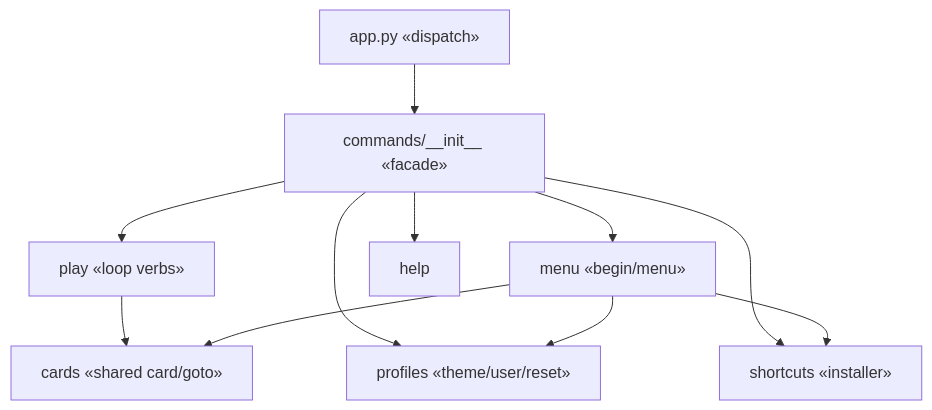
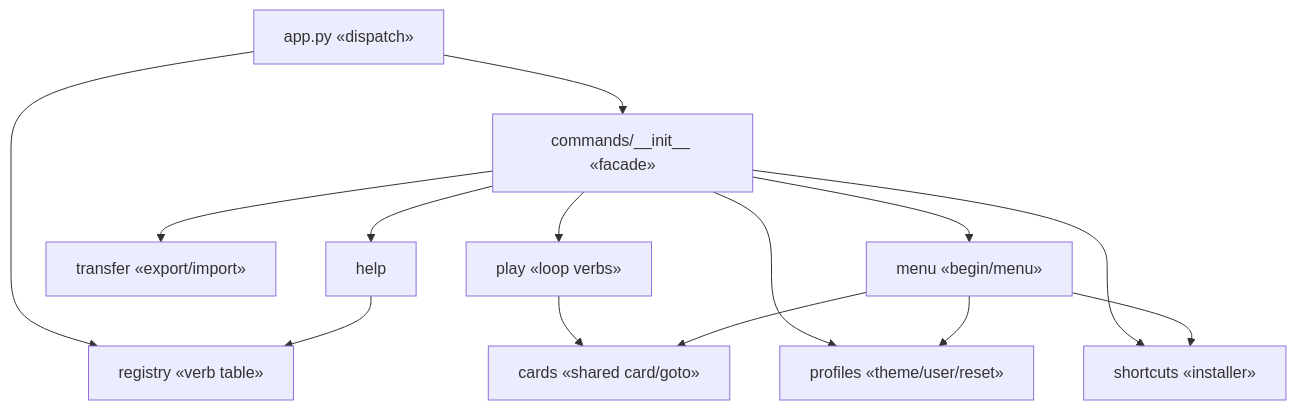
Before and after one commit to N041M/PyQuest: the first of 4 diagrams in docs/architecture/commands.md, drawn with Mermaid. The commit also changed other lines of this file and 7 other files, not shown here.

````diff
--- a/docs/architecture/commands.md
+++ b/docs/architecture/commands.md
@@ -8,13 +8,16 @@
 ```mermaid
 flowchart TB
-    app["app.py «dispatch»"] --> init["commands/__init__ «facade»"]
+    app["app.py «dispatch»"] --> registry["registry «verb table»"]
+    app --> init["commands/__init__ «facade»"]
     init --> play["play «loop verbs»"]
     init --> profiles["profiles «theme/user/reset»"]
+    init --> transfer["transfer «export/import»"]
     init --> shortcuts["shortcuts «installer»"]
     init --> menu["menu «begin/menu»"]
     init --> help["help"]
     play --> cards["cards «shared card/goto»"]
     menu --> cards
     menu --> profiles
     menu --> shortcuts
+    help --> registry
 ```
````
